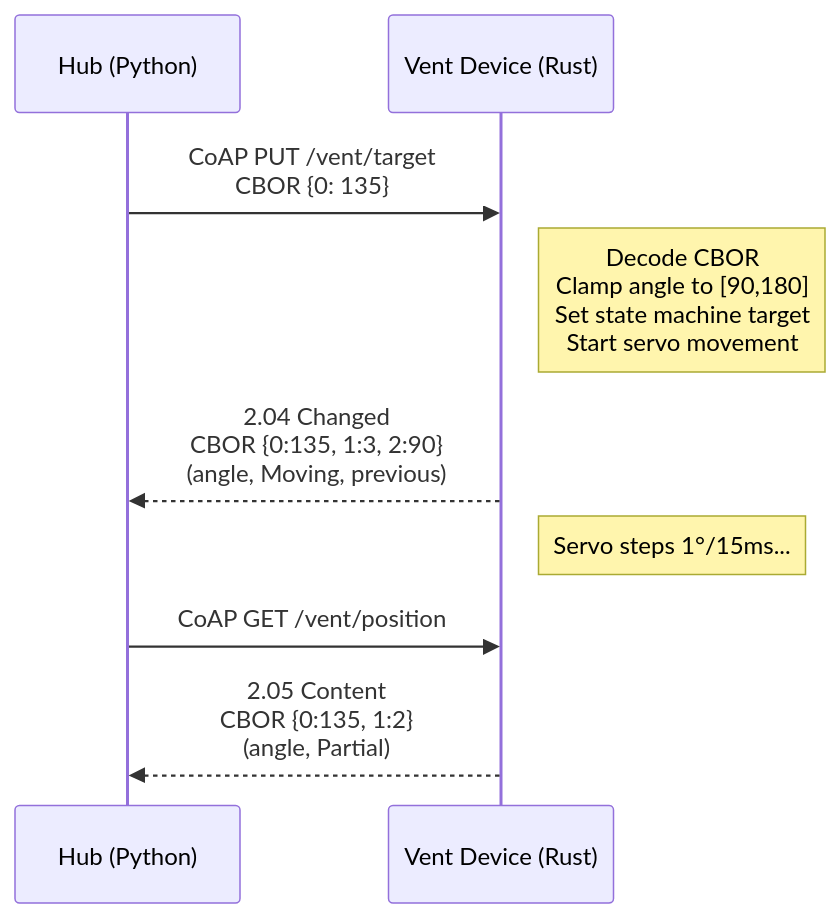
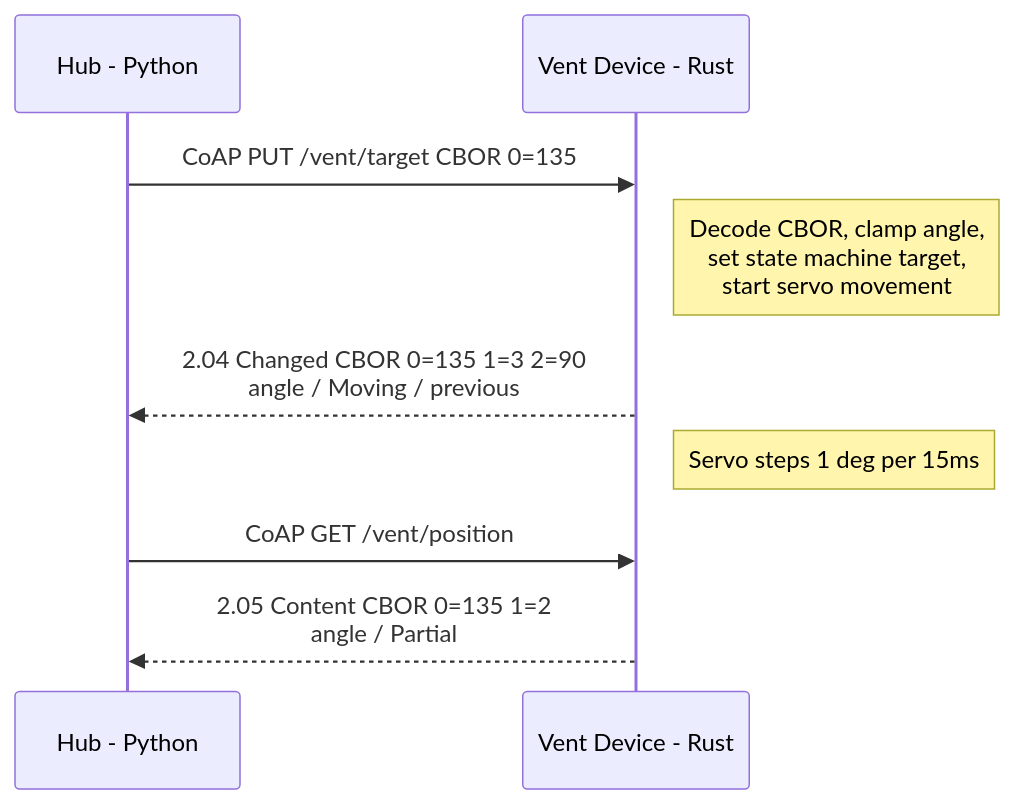
Before and after one commit to EtaCassiopeia/smart-vent: the second of 5 diagrams in docs/architecture.md, drawn with Mermaid. The commit also changed other lines of this file, not shown here.

First line of the commit message:
Fix Mermaid diagrams for GitHub rendering

````diff
--- a/docs/architecture.md
+++ b/docs/architecture.md
@@ -250,14 +250,14 @@
 ```mermaid
 sequenceDiagram
-    participant Hub as Hub (Python)
-    participant Device as Vent Device (Rust)
+    participant Hub as Hub - Python
+    participant Device as Vent Device - Rust
 
-    Hub->>Device: CoAP PUT /vent/target<br/>CBOR {0: 135}
-    Note right of Device: Decode CBOR<br/>Clamp angle to [90,180]<br/>Set state machine target<br/>Start servo movement
-    Device-->>Hub: 2.04 Changed<br/>CBOR {0:135, 1:3, 2:90}<br/>(angle, Moving, previous)
+    Hub->>Device: CoAP PUT /vent/target CBOR 0=135
+    Note right of Device: Decode CBOR, clamp angle,<br/>set state machine target,<br/>start servo movement
+    Device-->>Hub: 2.04 Changed CBOR 0=135 1=3 2=90<br/>angle / Moving / previous
 
-    Note right of Device: Servo steps 1°/15ms...
+    Note right of Device: Servo steps 1 deg per 15ms
 
     Hub->>Device: CoAP GET /vent/position
-    Device-->>Hub: 2.05 Content<br/>CBOR {0:135, 1:2}<br/>(angle, Partial)
+    Device-->>Hub: 2.05 Content CBOR 0=135 1=2<br/>angle / Partial
 ```
````
